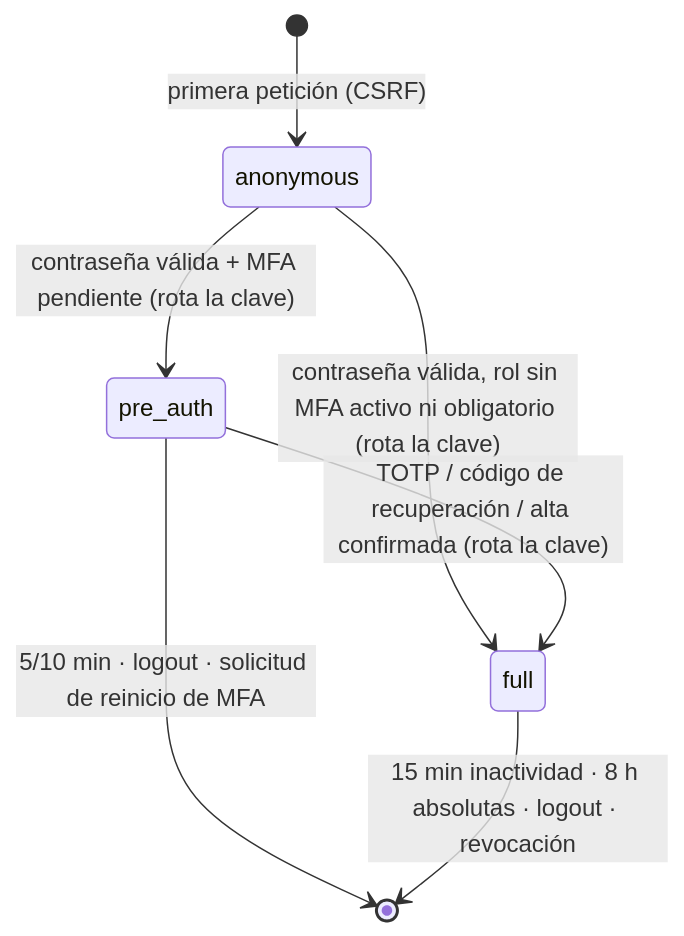
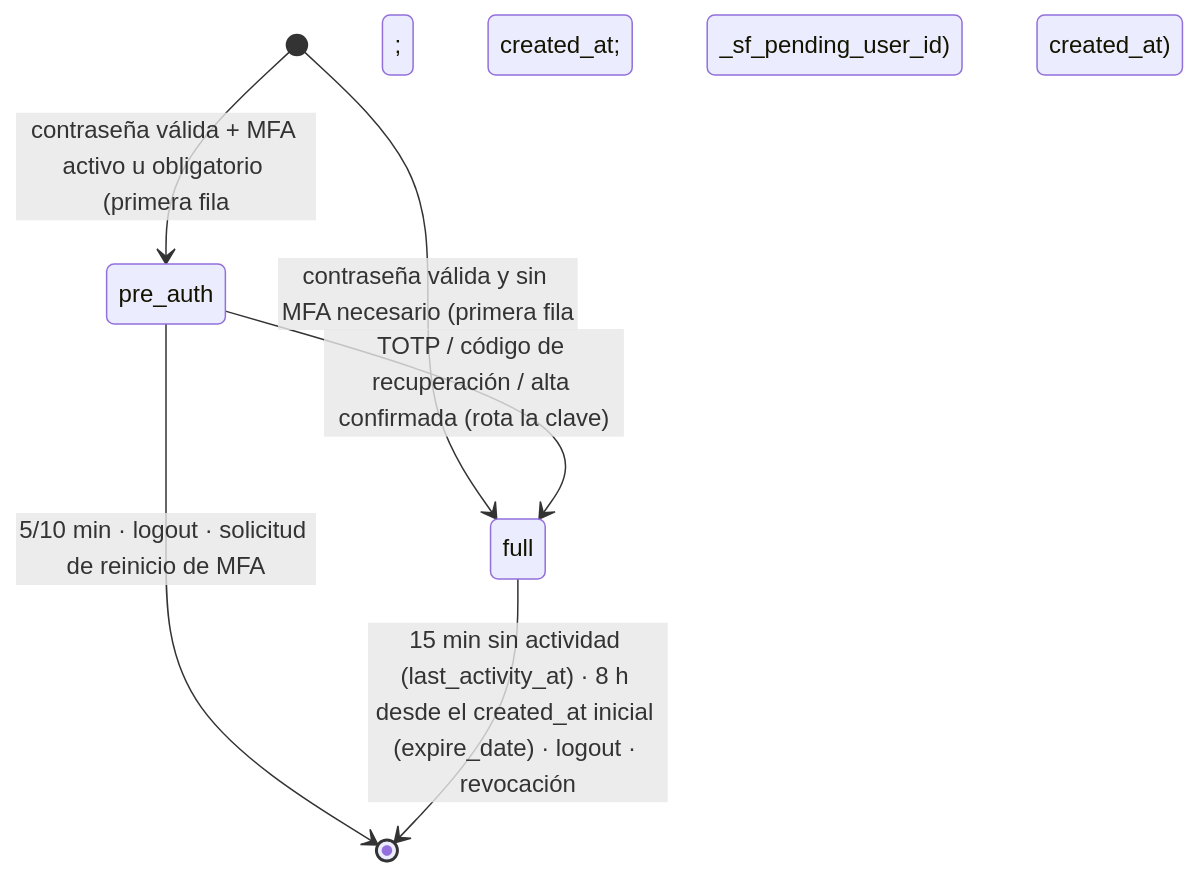
The third of 5 diagrams in specs/001-iam-access-control/data-model.md (JohanDsito/SECUREFIN), drawn with Mermaid before and after one commit. The commit also changed other lines of this file and 7 other files, not shown here.

````diff
--- a/specs/001-iam-access-control/data-model.md
+++ b/specs/001-iam-access-control/data-model.md
@@ -78,9 +90,8 @@
 ```mermaid
 stateDiagram-v2
-    [*] --> anonymous: primera petición (CSRF)
-    anonymous --> pre_auth: contraseña válida + MFA pendiente (rota la clave)
-    anonymous --> full: contraseña válida, rol sin MFA activo ni obligatorio (rota la clave)
+    [*] --> pre_auth: contraseña válida + MFA activo u obligatorio (primera fila; created_at; _sf_pending_user_id)
+    [*] --> full: contraseña válida y sin MFA necesario (primera fila; created_at)
     pre_auth --> full: TOTP / código de recuperación / alta confirmada (rota la clave)
     pre_auth --> [*]: 5/10 min · logout · solicitud de reinicio de MFA
-    full --> [*]: 15 min inactividad · 8 h absolutas · logout · revocación
+    full --> [*]: 15 min sin actividad (last_activity_at) · 8 h desde el created_at inicial (expire_date) · logout · revocación
 ```
````
